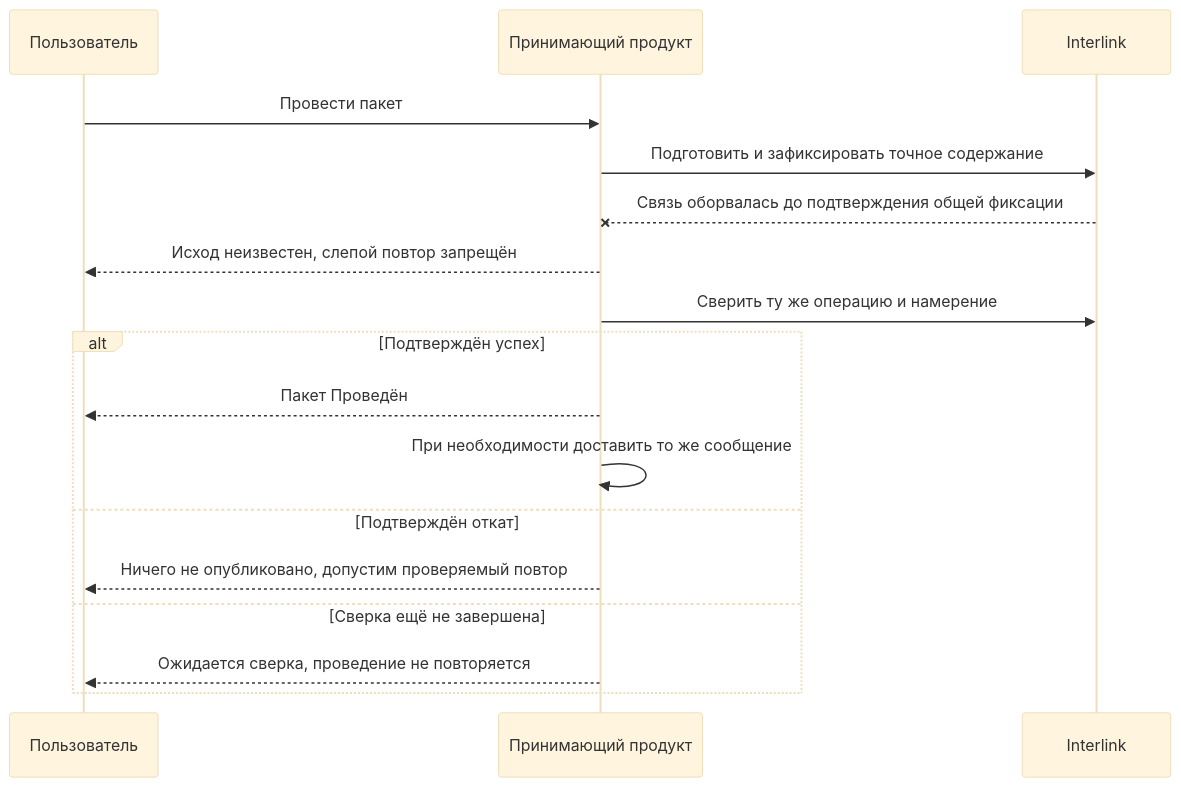
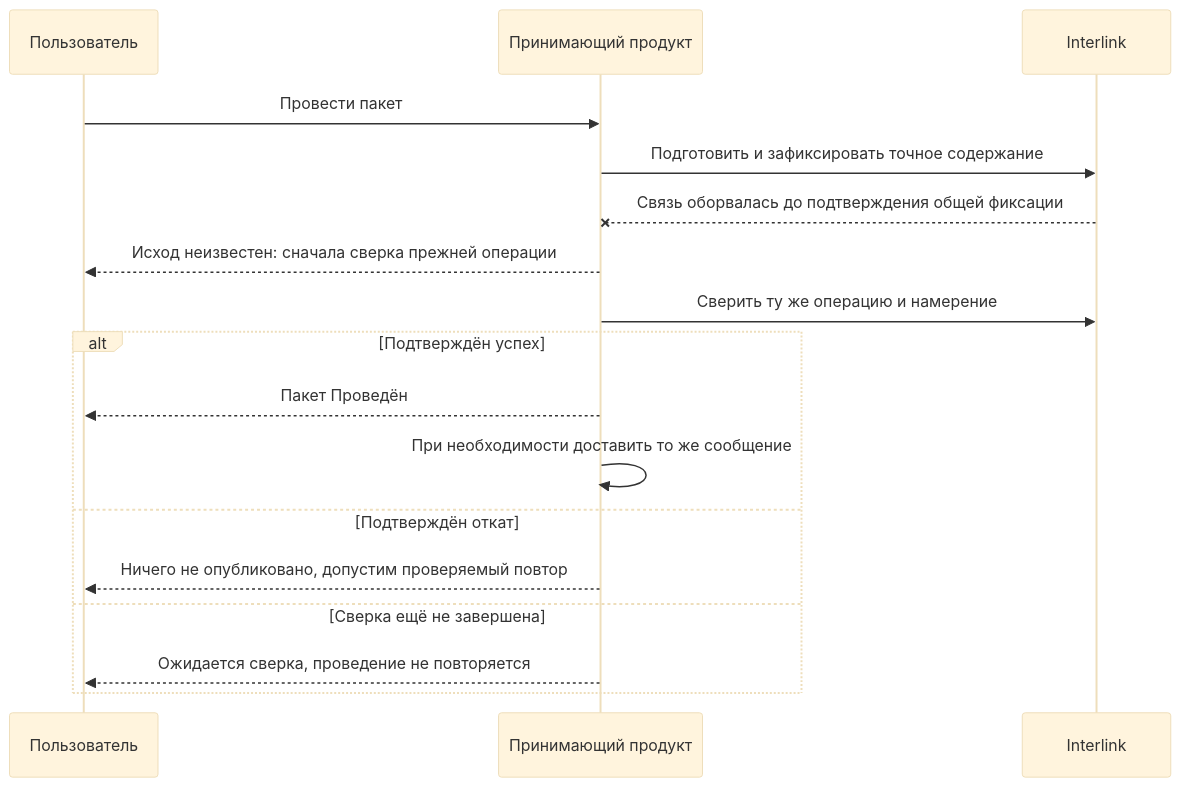
Before and after one commit to ZelAnton/Interlink-product-book: the second of 2 diagrams in wiki/Change-package-commit.md, drawn with Mermaid (base theme). The commit also changed other lines of this file and 41 other files, not shown here.

````diff
--- a/wiki/Change-package-commit.md
+++ b/wiki/Change-package-commit.md
@@ -118,19 +118,19 @@
 ```mermaid
 sequenceDiagram
     participant П as Пользователь
     participant А as Принимающий продукт
     participant И as Interlink
     П->>А: Провести пакет
     А->>И: Подготовить и зафиксировать точное содержание
     И--xА: Связь оборвалась до подтверждения общей фиксации
-    А-->>П: Исход неизвестен, слепой повтор запрещён
+    А-->>П: Исход неизвестен: сначала сверка прежней операции
     А->>И: Сверить ту же операцию и намерение
     alt Подтверждён успех
         А-->>П: Пакет Проведён
         А->>А: При необходимости доставить то же сообщение
     else Подтверждён откат
         А-->>П: Ничего не опубликовано, допустим проверяемый повтор
     else Сверка ещё не завершена
         А-->>П: Ожидается сверка, проведение не повторяется
     end
 ```
````
